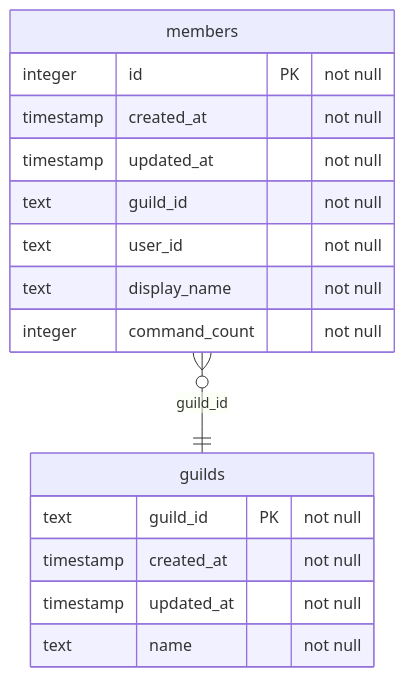
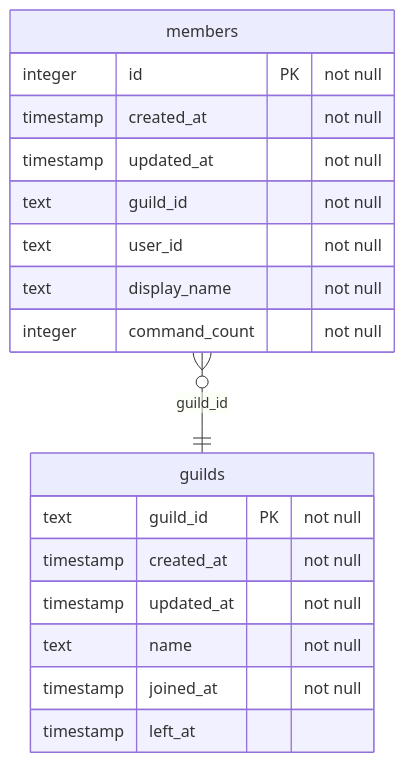
One commit to doku-macaron/discord-bot-template changed the diagram in docs/schema_diagram.md. Above: the diagram before and after it, drawn with Mermaid. The commit also changed 12 other files, not shown here.

````diff
--- a/docs/schema_diagram.md
+++ b/docs/schema_diagram.md
@@ -1,21 +1,23 @@
 ```mermaid
 erDiagram
   guilds {
     text guild_id PK "not null"
     timestamp created_at "not null"
     timestamp updated_at "not null"
     text name "not null"
+    timestamp joined_at "not null"
+    timestamp left_at
   }
 
   members {
     integer id PK "not null"
     timestamp created_at "not null"
     timestamp updated_at "not null"
     text guild_id "not null"
     text user_id "not null"
     text display_name "not null"
     integer command_count "not null"
   }
 
   members }o--|| guilds : "guild_id"
 ```
````
